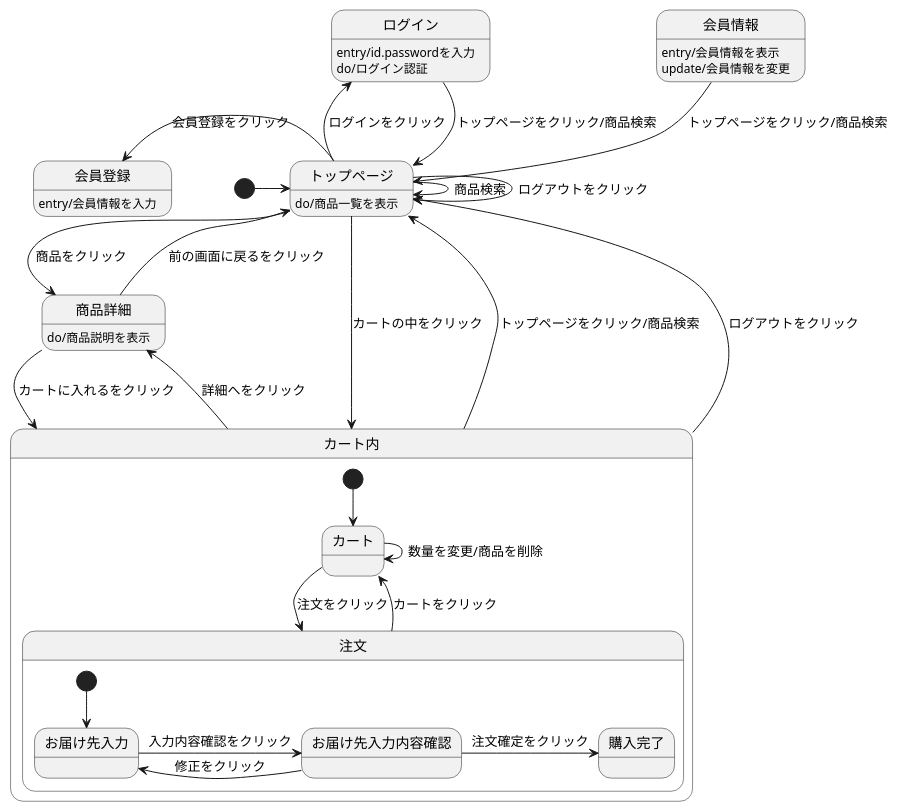
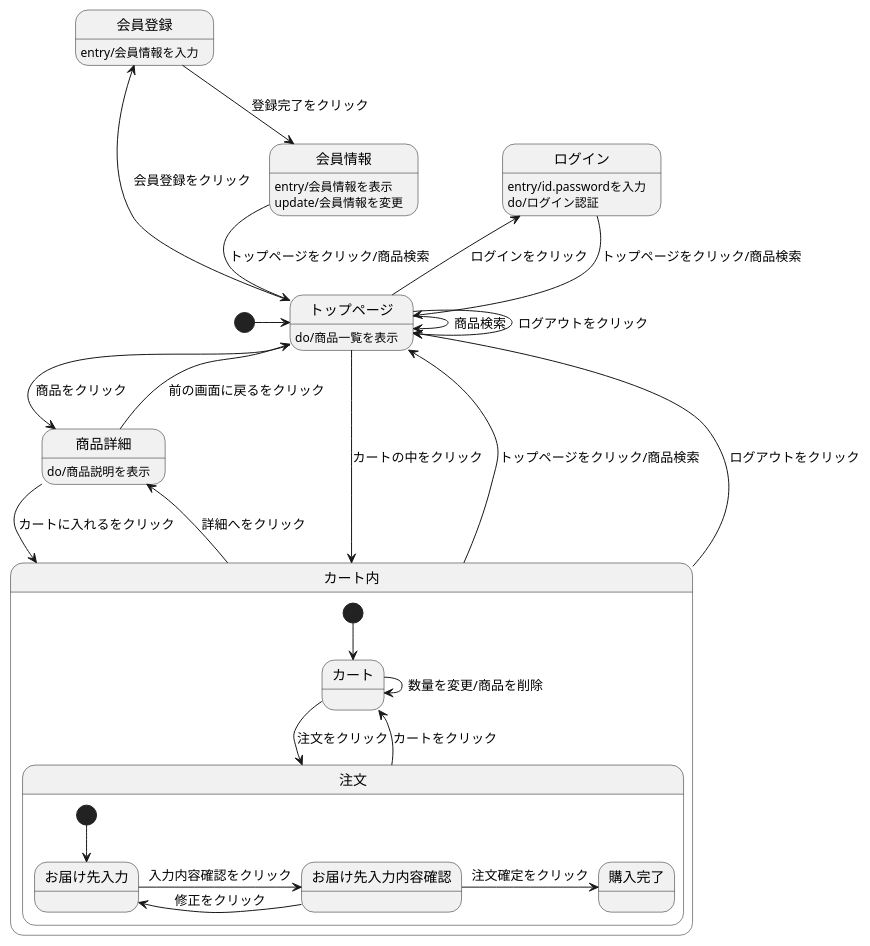
The diagram in shopping1.md (Aso2001027/2021sys-design), drawn with PlantUML before and after one commit.

````diff
--- a/shopping1.md
+++ b/shopping1.md
@@ -1,38 +1,39 @@
 ```uml
 @startuml
 [*] -> トップページ
 会員情報 --> トップページ : トップページをクリック/商品検索
 ログイン --> トップページ : トップページをクリック/商品検索
 ログイン : entry/id.passwordを入力
 ログイン : do/ログイン認証
+会員登録 --> 会員情報 : 登録完了をクリック
 会員登録 : entry/会員情報を入力
 会員情報 : entry/会員情報を表示
 会員情報 : update/会員情報を変更
 トップページ --> トップページ : ログアウトをクリック
 トップページ -> トップページ : 商品検索
 トップページ -> 商品詳細 : 商品をクリック
 トップページ -left-> 会員登録 : 会員登録をクリック
 トップページ -left-> ログイン : ログインをクリック
 トップページ --> カート内 : カートの中をクリック
 トップページ : do/商品一覧を表示
 商品詳細 --> カート内 : カートに入れるをクリック
 商品詳細 --> トップページ : 前の画面に戻るをクリック
 商品詳細 : do/商品説明を表示
 カート内 -up-> トップページ : トップページをクリック/商品検索
 カート内 -up-> トップページ : ログアウトをクリック
 カート内 -> 商品詳細 : 詳細へをクリック
 
 state カート内{
 [*] --> カート
 カート -> 注文 : 注文をクリック
 カート -> カート : 数量を変更/商品を削除
 注文 --> カート : カートをクリック
 state 注文 {
 [*] --> お届け先入力
 お届け先入力 -> お届け先入力内容確認 : 入力内容確認をクリック
 お届け先入力内容確認 -> お届け先入力 : 修正をクリック
 お届け先入力内容確認 -> 購入完了 : 注文確定をクリック
   }
 }
 @enduml
 ```
````
